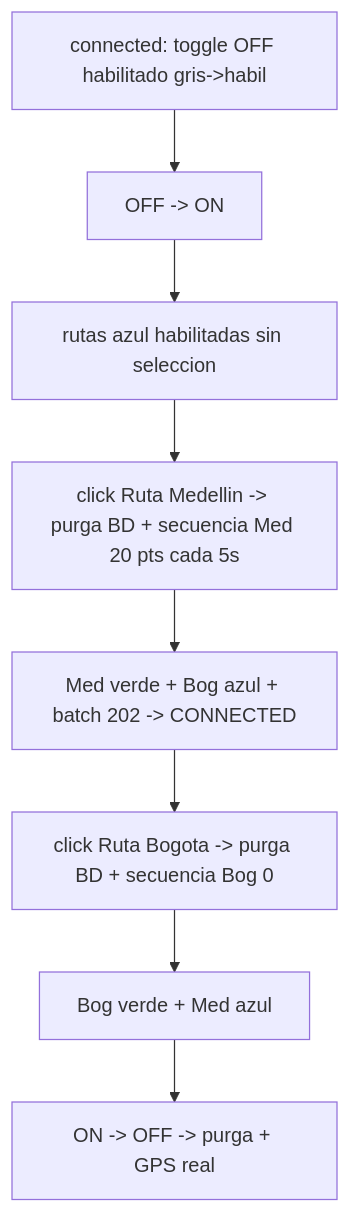
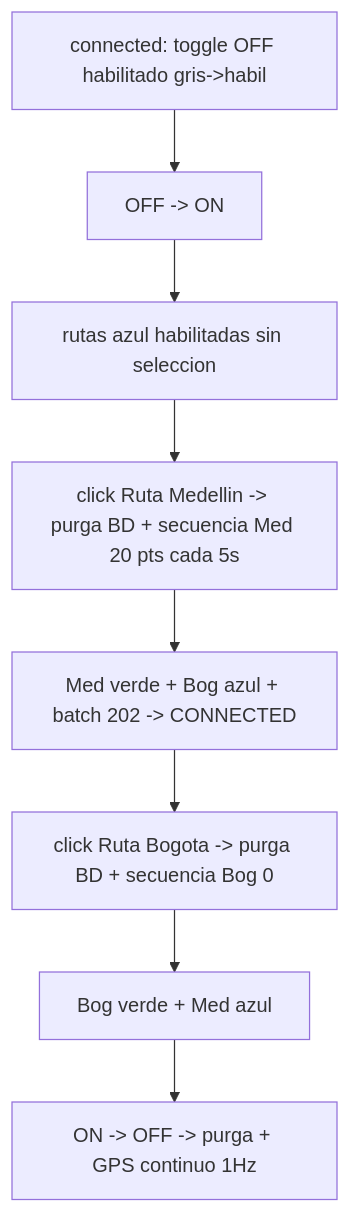
One commit to hfelipeserna/fleet-monitoring-platform changed the second of 5 diagrams in docs/specs/SPEC-005-mobile-offline-first/spec.md. Above: the diagram before and after it, drawn with Mermaid. The commit also changed other lines of this file and 15 other files, not shown here.

````diff
--- a/docs/specs/SPEC-005-mobile-offline-first/spec.md
+++ b/docs/specs/SPEC-005-mobile-offline-first/spec.md
@@ -192,10 +192,10 @@
 ```mermaid
 flowchart TD
   A["connected: toggle OFF habilitado gris->habil"] --> B["OFF -> ON"]
   B --> C["rutas azul habilitadas sin seleccion"]
   C --> D["click Ruta Medellin -> purga BD + secuencia Med 20 pts cada 5s"]
   D --> E["Med verde + Bog azul + batch 202 -> CONNECTED"]
   E --> F["click Ruta Bogota -> purga BD + secuencia Bog 0"]
   F --> G["Bog verde + Med azul"]
-  G --> H["ON -> OFF -> purga + GPS real"]
+  G --> H["ON -> OFF -> purga + GPS continuo 1Hz"]
 ```
````
